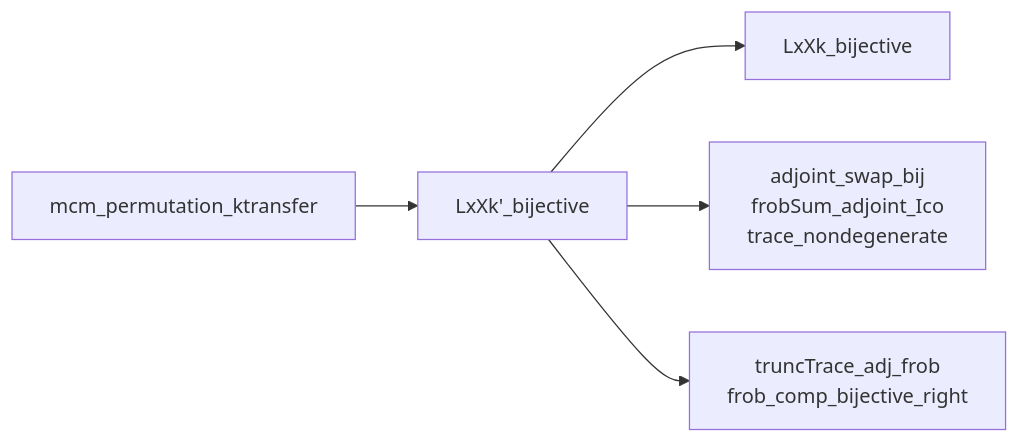
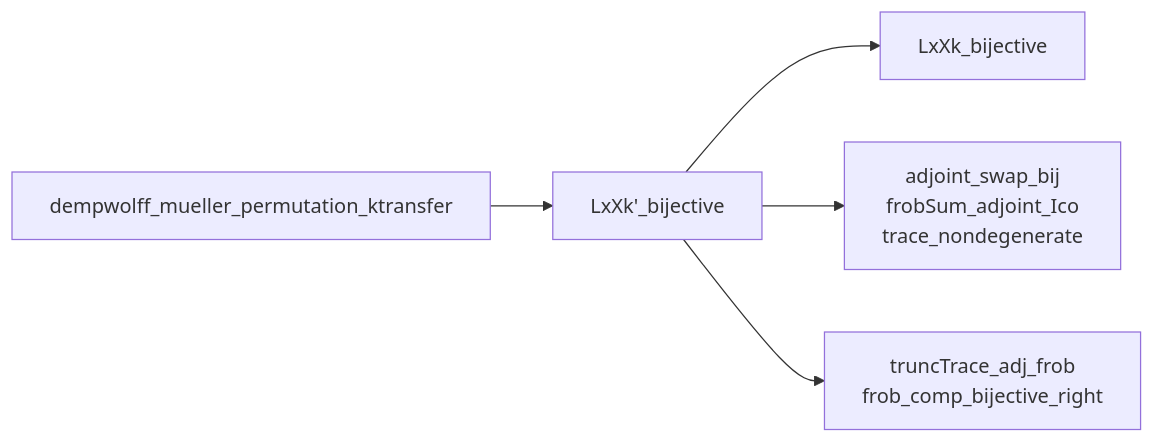
One commit to nagygp/kasami-apn-ab changed the sixth of 6 diagrams in DobbertinDempwolffMuellerOddN/depgraph_MCM.md. Above: the diagram before and after it, drawn with Mermaid. The commit also changed other lines of this file and 7 other files, not shown here.

Commit message:
Distingues between the Dempwolff-Muller and the MCM polynomials

````diff
--- a/DobbertinDempwolffMuellerOddN/depgraph_MCM.md
+++ b/DobbertinDempwolffMuellerOddN/depgraph_MCM.md
@@ -117,7 +153,7 @@
 ```mermaid
 flowchart LR
-  Transfer["mcm_permutation_ktransfer"] --> KPrime["LxXk'_bijective"]
+  Transfer["dempwolff_mueller_permutation_ktransfer"] --> KPrime["LxXk'_bijective"]
   KPrime --> Base["LxXk_bijective"]
   KPrime --> Adj["adjoint_swap_bij\nfrobSum_adjoint_Ico\ntrace_nondegenerate"]
   KPrime --> Frob["truncTrace_adj_frob\nfrob_comp_bijective_right"]
 ```
````
